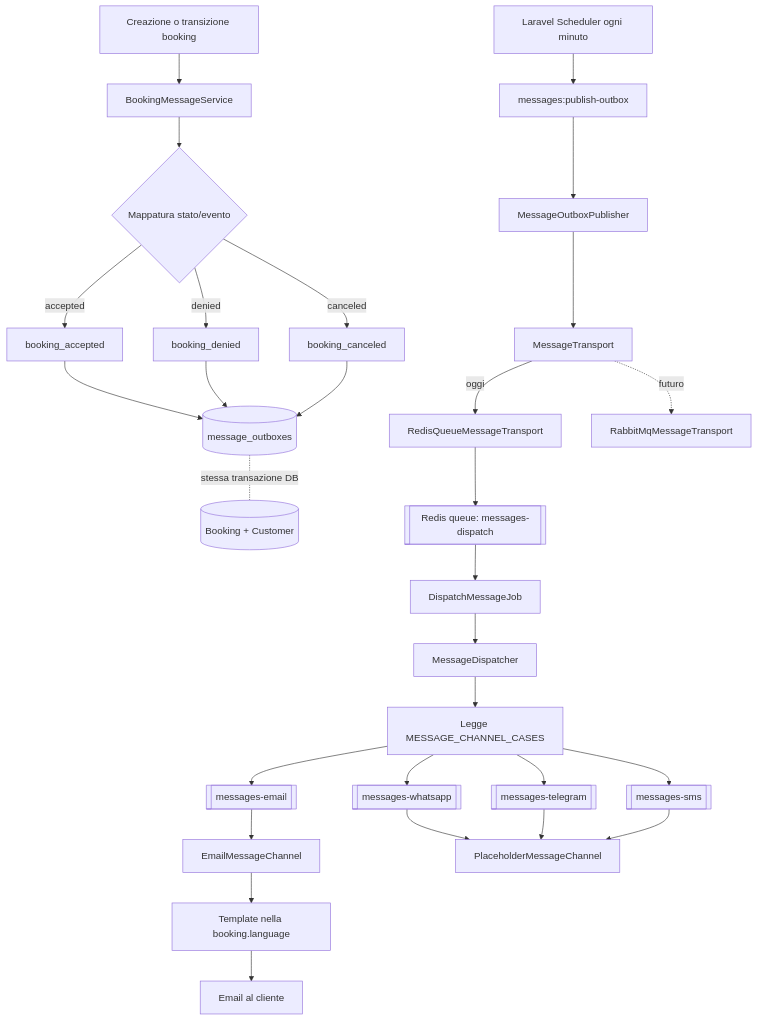
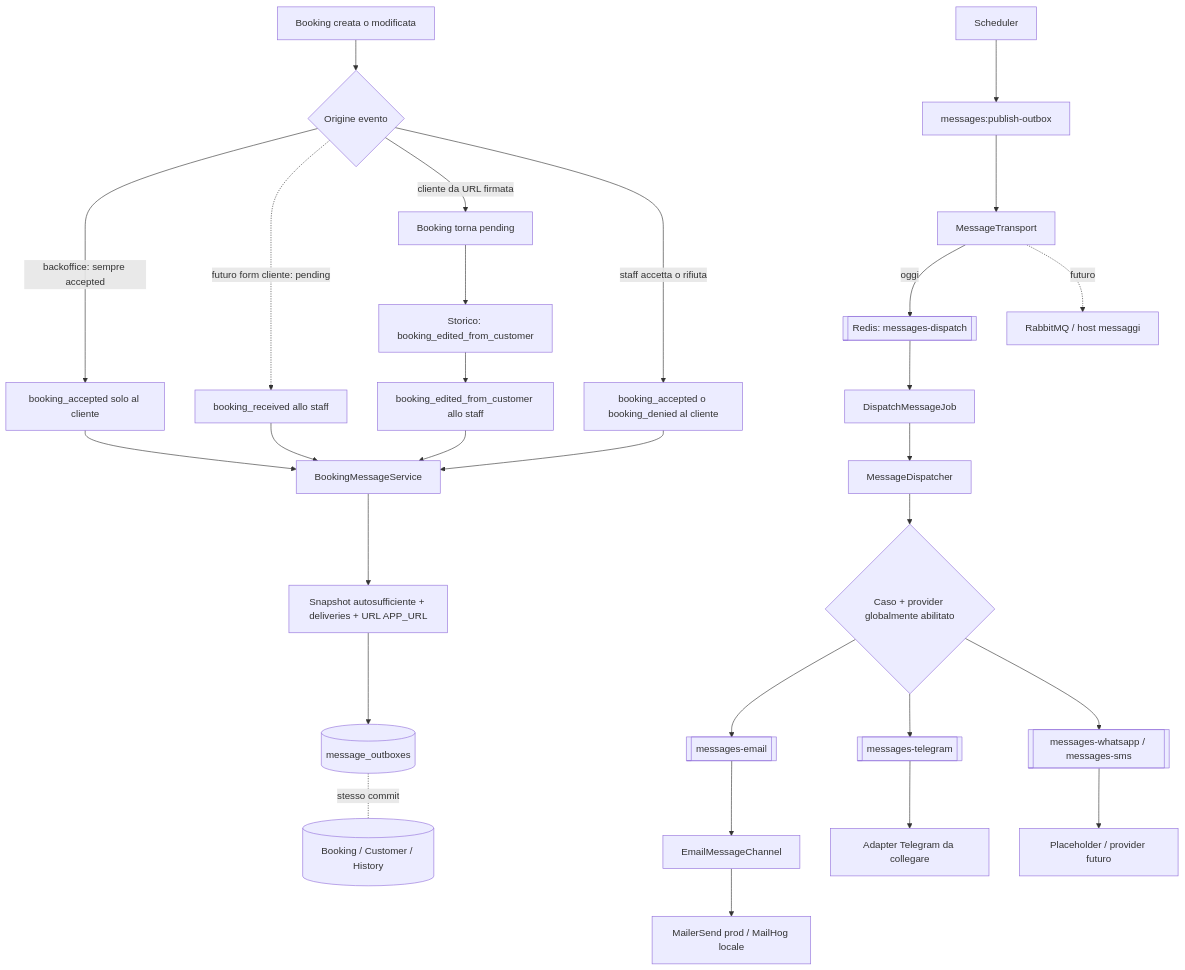
One commit to Apolide/ristogenius-tenant changed the diagram in code/docs/messaging-flow.md. Above: the diagram before and after it, drawn with Mermaid. The commit also changed other lines of this file and 40 other files, not shown here.

Commit message:
Multichannel messaging infrastructure on tenant with job, queue and email tested

````diff
--- a/code/docs/messaging-flow.md
+++ b/code/docs/messaging-flow.md
@@ -7,36 +7,33 @@
 ```mermaid
 flowchart TD
-    A[Creazione o transizione booking] --> B[BookingMessageService]
-    B --> C{Mappatura stato/evento}
-    C -->|accepted| D[booking_accepted]
-    C -->|denied| E[booking_denied]
-    C -->|canceled| F[booking_canceled]
+    A[Booking creata o modificata] --> B{Origine evento}
+    B -->|backoffice: sempre accepted| C[booking_accepted solo al cliente]
+    B -.->|futuro form cliente: pending| D[booking_received allo staff]
+    B -->|cliente da URL firmata| E[Booking torna pending]
+    E --> F[Storico: booking_edited_from_customer]
+    F --> G[booking_edited_from_customer allo staff]
+    B -->|staff accetta o rifiuta| H[booking_accepted o booking_denied al cliente]
 
-    D --> G[(message_outboxes)]
-    E --> G
-    F --> G
-    G -. stessa transazione DB .- H[(Booking + Customer)]
+    C --> I[BookingMessageService]
+    D --> I
+    G --> I
+    H --> I
+    I --> J[Snapshot autosufficiente + deliveries + URL APP_URL]
+    J --> K[(message_outboxes)]
+    K -. stesso commit .- L[(Booking / Customer / History)]
 
-    I[Laravel Scheduler ogni minuto] --> J[messages:publish-outbox]
-    J --> K[MessageOutboxPublisher]
-    K --> L[MessageTransport]
-    L -->|oggi| M[RedisQueueMessageTransport]
-    L -. futuro .-> N[RabbitMqMessageTransport]
-
-    M --> O[[Redis queue: messages-dispatch]]
-    O --> P[DispatchMessageJob]
-    P --> Q[MessageDispatcher]
-    Q --> R[Legge MESSAGE_CHANNEL_CASES]
-
-    R --> S[[messages-email]]
-    R --> T[[messages-whatsapp]]
-    R --> U[[messages-telegram]]
-    R --> V[[messages-sms]]
-
-    S --> W[EmailMessageChannel]
-    T --> X[PlaceholderMessageChannel]
-    U --> X
-    V --> X
-    W --> Y[Template nella booking.language]
-    Y --> Z[Email al cliente]
+    M[Scheduler] --> N[messages:publish-outbox]
+    N --> O[MessageTransport]
+    O -->|oggi| P[[Redis: messages-dispatch]]
+    O -. futuro .-> Q[RabbitMQ / host messaggi]
+    P --> R[DispatchMessageJob]
+    R --> S[MessageDispatcher]
+    S --> T{Caso + provider globalmente abilitato}
+    T --> U[[messages-email]]
+    T --> V[[messages-telegram]]
+    T --> W[[messages-whatsapp / messages-sms]]
+    U --> X[EmailMessageChannel]
+    V --> Y[Adapter Telegram da collegare]
+    W --> Z[Placeholder / provider futuro]
+    X --> AA[MailerSend prod / MailHog locale]
 ```
````
